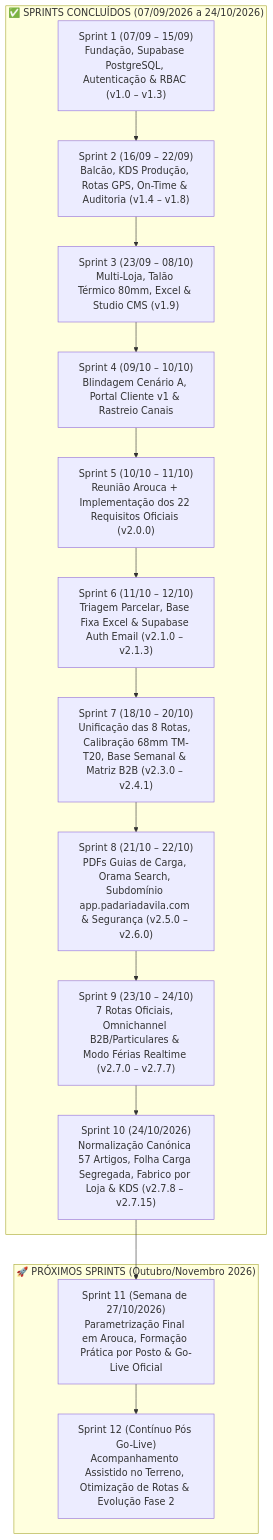
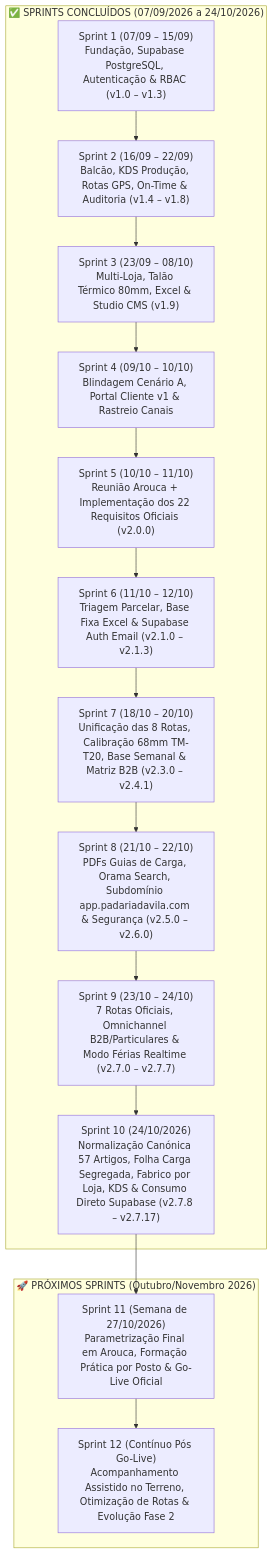
The diagram in docs/04_Dossier_Projeto_Cliente_Backlog_Horas_e_Oportunidades.md (lfcarreiras/App-Padaria), drawn with Mermaid before and after one commit. The commit also changed other lines of this file and 5 other files, not shown here.

````diff
--- a/docs/04_Dossier_Projeto_Cliente_Backlog_Horas_e_Oportunidades.md
+++ b/docs/04_Dossier_Projeto_Cliente_Backlog_Horas_e_Oportunidades.md
@@ -94,22 +118,22 @@
 ```mermaid
 flowchart TD
     subgraph Concluidos ["✅ SPRINTS CONCLUÍDOS (07/09/2026 a 24/10/2026)"]
         SP1["Sprint 1 (07/09 – 15/09)\nFundação, Supabase PostgreSQL, Autenticação & RBAC (v1.0 – v1.3)"]
         SP2["Sprint 2 (16/09 – 22/09)\nBalcão, KDS Produção, Rotas GPS, On-Time & Auditoria (v1.4 – v1.8)"]
         SP3["Sprint 3 (23/09 – 08/10)\nMulti-Loja, Talão Térmico 80mm, Excel & Studio CMS (v1.9)"]
         SP4["Sprint 4 (09/10 – 10/10)\nBlindagem Cenário A, Portal Cliente v1 & Rastreio Canais"]
         SP5["Sprint 5 (10/10 – 11/10)\nReunião Arouca + Implementação dos 22 Requisitos Oficiais (v2.0.0)"]
         SP6["Sprint 6 (11/10 – 12/10)\nTriagem Parcelar, Base Fixa Excel & Supabase Auth Email (v2.1.0 – v2.1.3)"]
         SP7["Sprint 7 (18/10 – 20/10)\nUnificação das 8 Rotas, Calibração 68mm TM-T20, Base Semanal & Matriz B2B (v2.3.0 – v2.4.1)"]
         SP8["Sprint 8 (21/10 – 22/10)\nPDFs Guias de Carga, Orama Search, Subdomínio app.padariadavila.com & Segurança (v2.5.0 – v2.6.0)"]
         SP9["Sprint 9 (23/10 – 24/10)\n7 Rotas Oficiais, Omnichannel B2B/Particulares & Modo Férias Realtime (v2.7.0 – v2.7.7)"]
-        SP10["Sprint 10 (24/10/2026)\nNormalização Canónica 57 Artigos, Folha Carga Segregada, Fabrico por Loja & KDS (v2.7.8 – v2.7.15)"]
+        SP10["Sprint 10 (24/10/2026)\nNormalização Canónica 57 Artigos, Folha Carga Segregada, Fabrico por Loja, KDS & Consumo Direto Supabase (v2.7.8 – v2.7.17)"]
         SP1 --> SP2 --> SP3 --> SP4 --> SP5 --> SP6 --> SP7 --> SP8 --> SP9 --> SP10
     end
 
     subgraph Seguintes ["🚀 PRÓXIMOS SPRINTS (Outubro/Novembro 2026)"]
         SP11["Sprint 11 (Semana de 27/10/2026)\nParametrização Final em Arouca, Formação Prática por Posto & Go-Live Oficial"]
         SP12["Sprint 12 (Contínuo Pós Go-Live)\nAcompanhamento Assistido no Terreno, Otimização de Rotas & Evolução Fase 2"]
         SP10 --> SP11 --> SP12
     end
 ```
````
